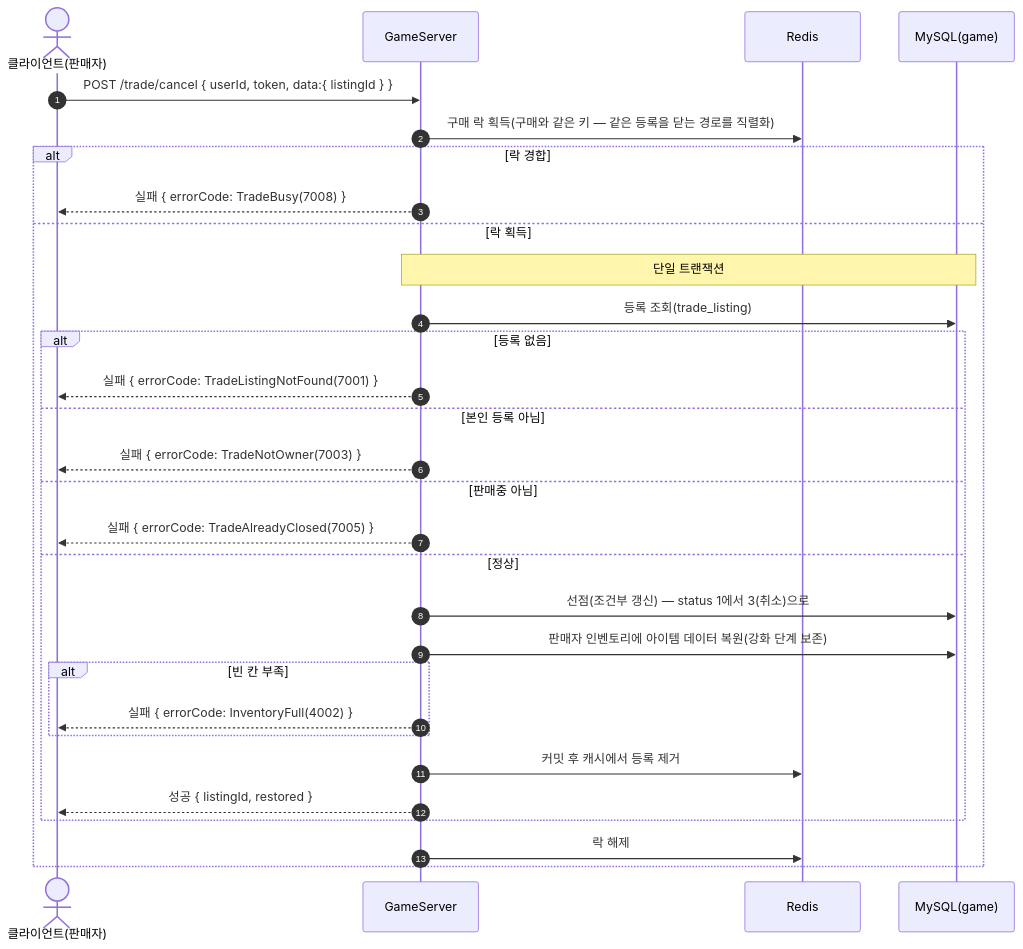
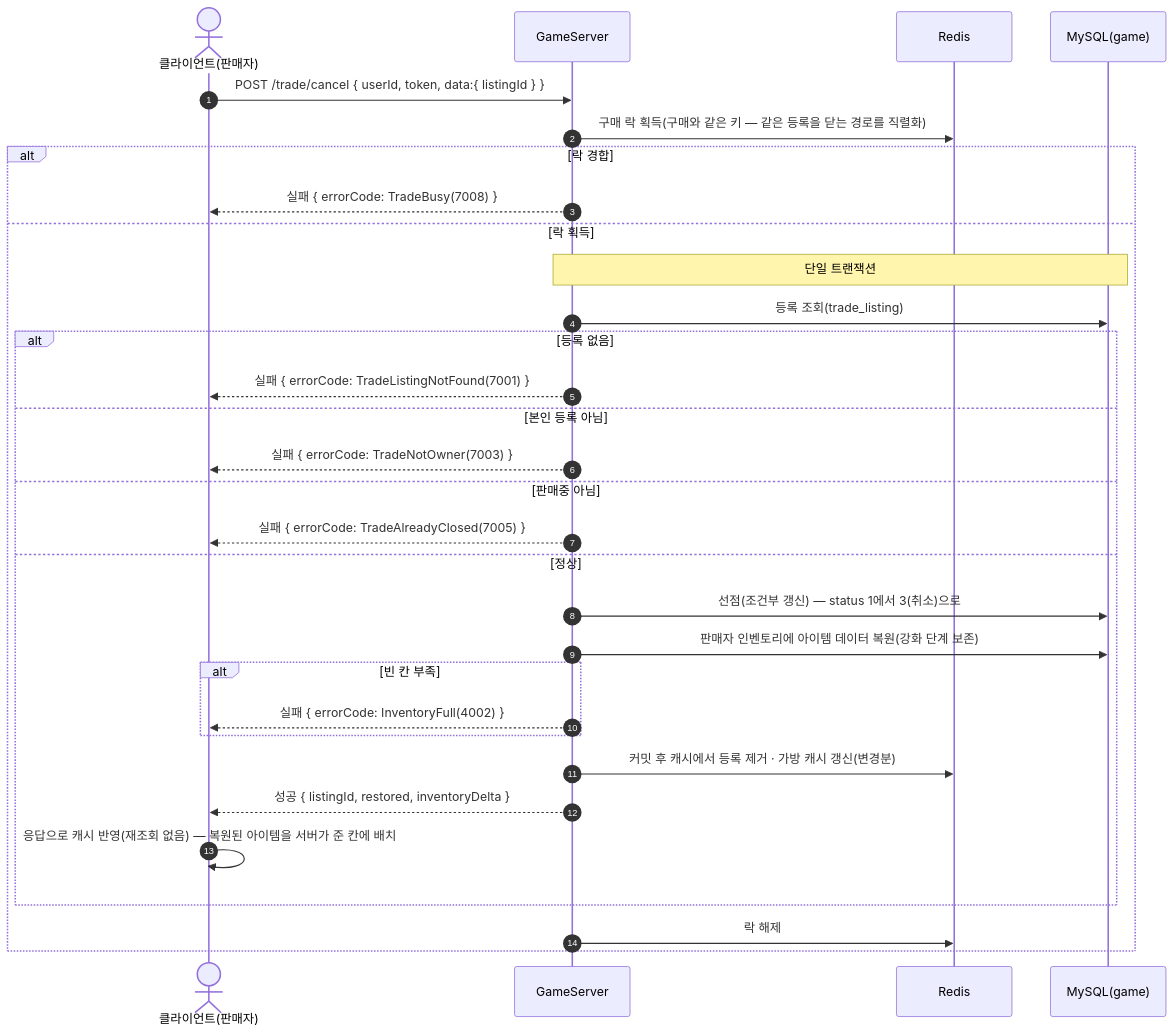
Before and after one commit to ks-wook/com2us-taskbar-hero: diagram 28 of 35 in SequenceDiagram/README.md, drawn with Mermaid. The commit also changed other lines of this file and 13 other files, not shown here.

````diff
--- a/SequenceDiagram/README.md
+++ b/SequenceDiagram/README.md
@@ -867,33 +916,34 @@
 ```mermaid
 sequenceDiagram
     autonumber
     actor C as 클라이언트(판매자)
     participant S as GameServer
     participant R as Redis
     participant DB as MySQL(game)
 
     C->>S: POST /trade/cancel { userId, token, data:{ listingId } }
     S->>R: 구매 락 획득(구매와 같은 키 — 같은 등록을 닫는 경로를 직렬화)
     alt 락 경합
         S-->>C: 실패 { errorCode: TradeBusy(7008) }
     else 락 획득
         Note over S,DB: 단일 트랜잭션
         S->>DB: 등록 조회(trade_listing)
         alt 등록 없음
             S-->>C: 실패 { errorCode: TradeListingNotFound(7001) }
         else 본인 등록 아님
             S-->>C: 실패 { errorCode: TradeNotOwner(7003) }
         else 판매중 아님
             S-->>C: 실패 { errorCode: TradeAlreadyClosed(7005) }
         else 정상
             S->>DB: 선점(조건부 갱신) — status 1에서 3(취소)으로
             S->>DB: 판매자 인벤토리에 아이템 데이터 복원(강화 단계 보존)
             alt 빈 칸 부족
                 S-->>C: 실패 { errorCode: InventoryFull(4002) }
             end
-            S->>R: 커밋 후 캐시에서 등록 제거
-            S-->>C: 성공 { listingId, restored }
+            S->>R: 커밋 후 캐시에서 등록 제거 · 가방 캐시 갱신(변경분)
+            S-->>C: 성공 { listingId, restored, inventoryDelta }
+            C->>C: 응답으로 캐시 반영(재조회 없음) — 복원된 아이템을 서버가 준 칸에 배치
         end
         S->>R: 락 해제
     end
 ```
````
